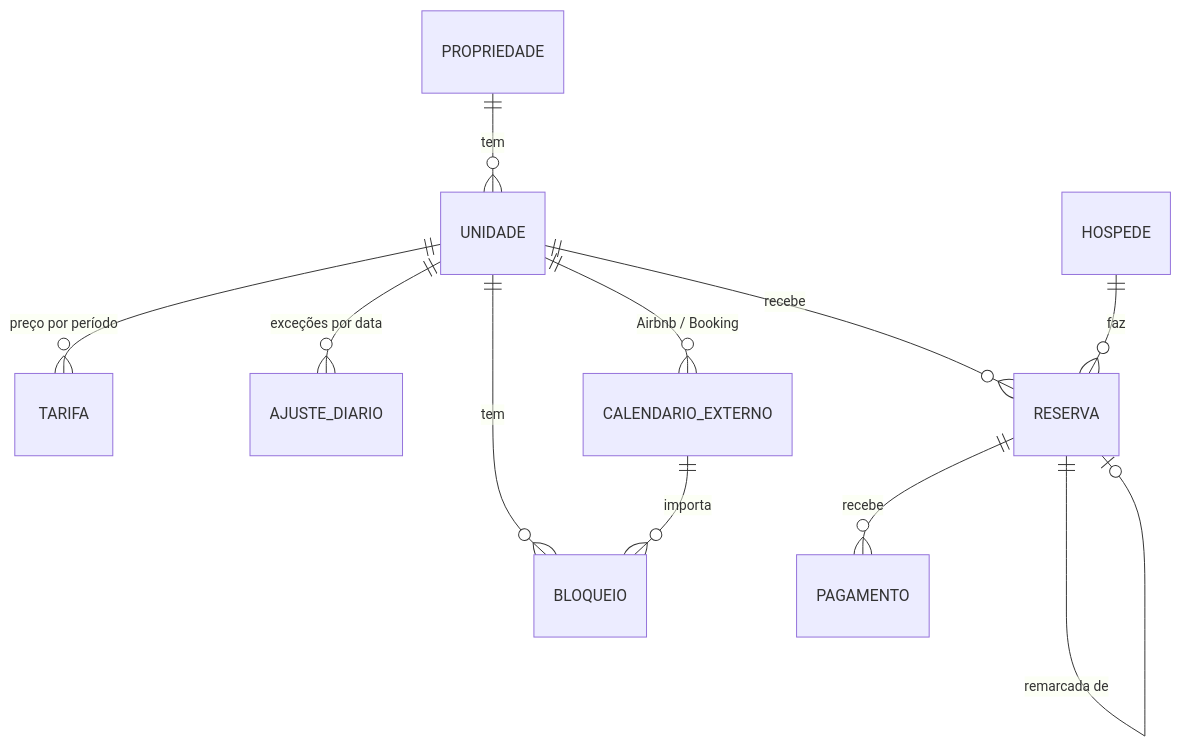
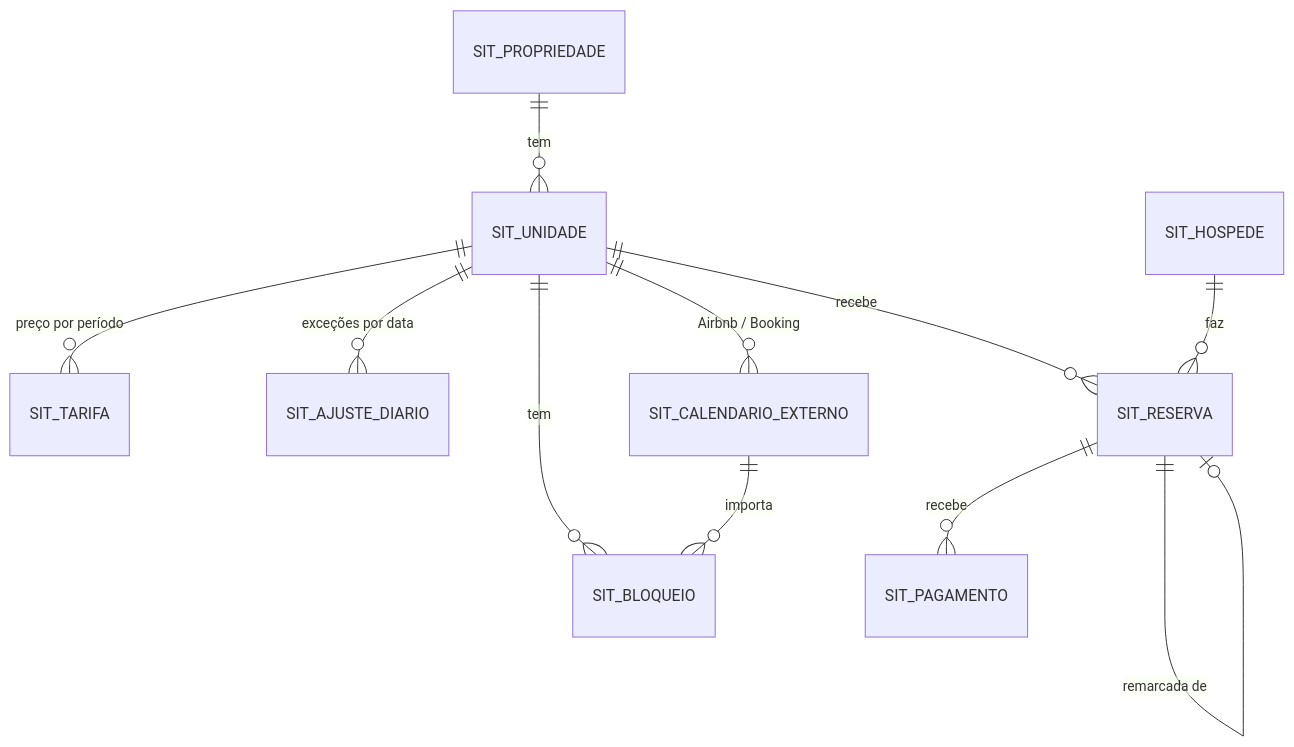
One commit to AlvesBhz/solar-platform changed the diagram in site/database/README.md. Above: the diagram before and after it, drawn with Mermaid. The commit also changed other lines of this file and 9 other files, not shown here.

````diff
--- a/site/database/README.md
+++ b/site/database/README.md
@@ -31,13 +31,13 @@
 ```mermaid
 erDiagram
-    PROPRIEDADE ||--o{ UNIDADE : tem
-    UNIDADE ||--o{ TARIFA : "preço por período"
-    UNIDADE ||--o{ AJUSTE_DIARIO : "exceções por data"
-    UNIDADE ||--o{ RESERVA : recebe
-    UNIDADE ||--o{ BLOQUEIO : tem
-    UNIDADE ||--o{ CALENDARIO_EXTERNO : "Airbnb / Booking"
-    CALENDARIO_EXTERNO ||--o{ BLOQUEIO : importa
-    HOSPEDE ||--o{ RESERVA : faz
-    RESERVA ||--o{ PAGAMENTO : recebe
-    RESERVA ||--o| RESERVA : "remarcada de"
+    SIT_PROPRIEDADE ||--o{ SIT_UNIDADE : tem
+    SIT_UNIDADE ||--o{ SIT_TARIFA : "preço por período"
+    SIT_UNIDADE ||--o{ SIT_AJUSTE_DIARIO : "exceções por data"
+    SIT_UNIDADE ||--o{ SIT_RESERVA : recebe
+    SIT_UNIDADE ||--o{ SIT_BLOQUEIO : tem
+    SIT_UNIDADE ||--o{ SIT_CALENDARIO_EXTERNO : "Airbnb / Booking"
+    SIT_CALENDARIO_EXTERNO ||--o{ SIT_BLOQUEIO : importa
+    SIT_HOSPEDE ||--o{ SIT_RESERVA : faz
+    SIT_RESERVA ||--o{ SIT_PAGAMENTO : recebe
+    SIT_RESERVA ||--o| SIT_RESERVA : "remarcada de"
 ```
````
